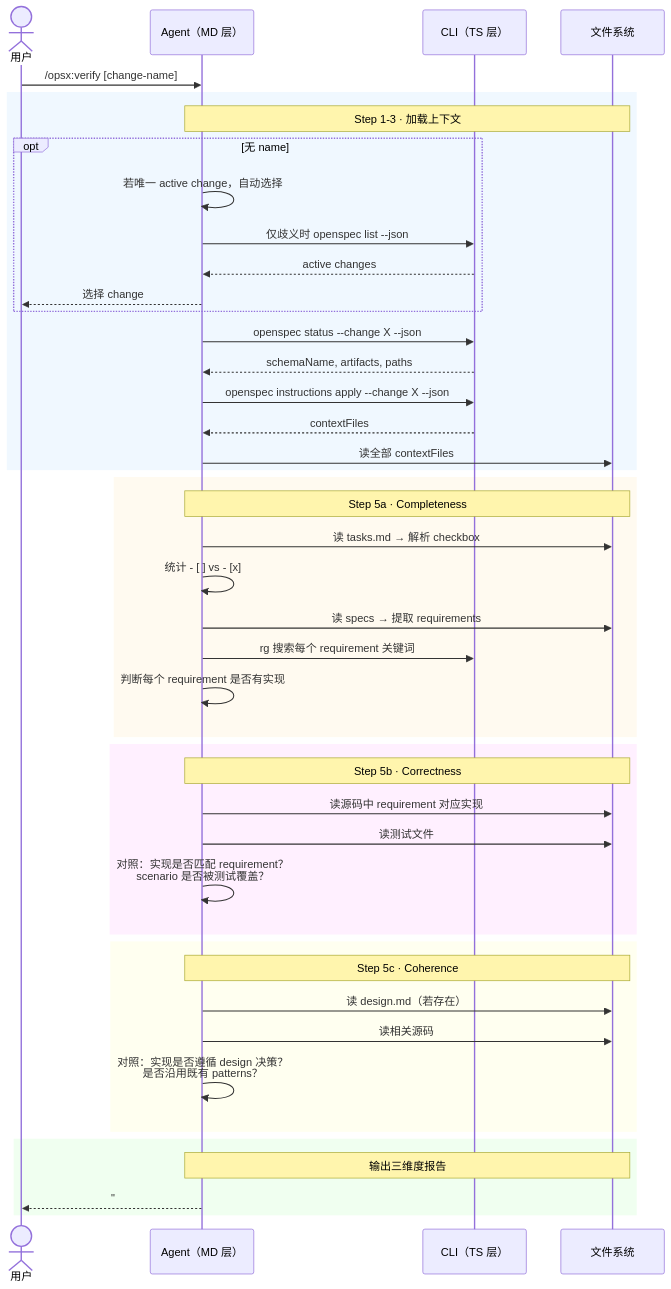
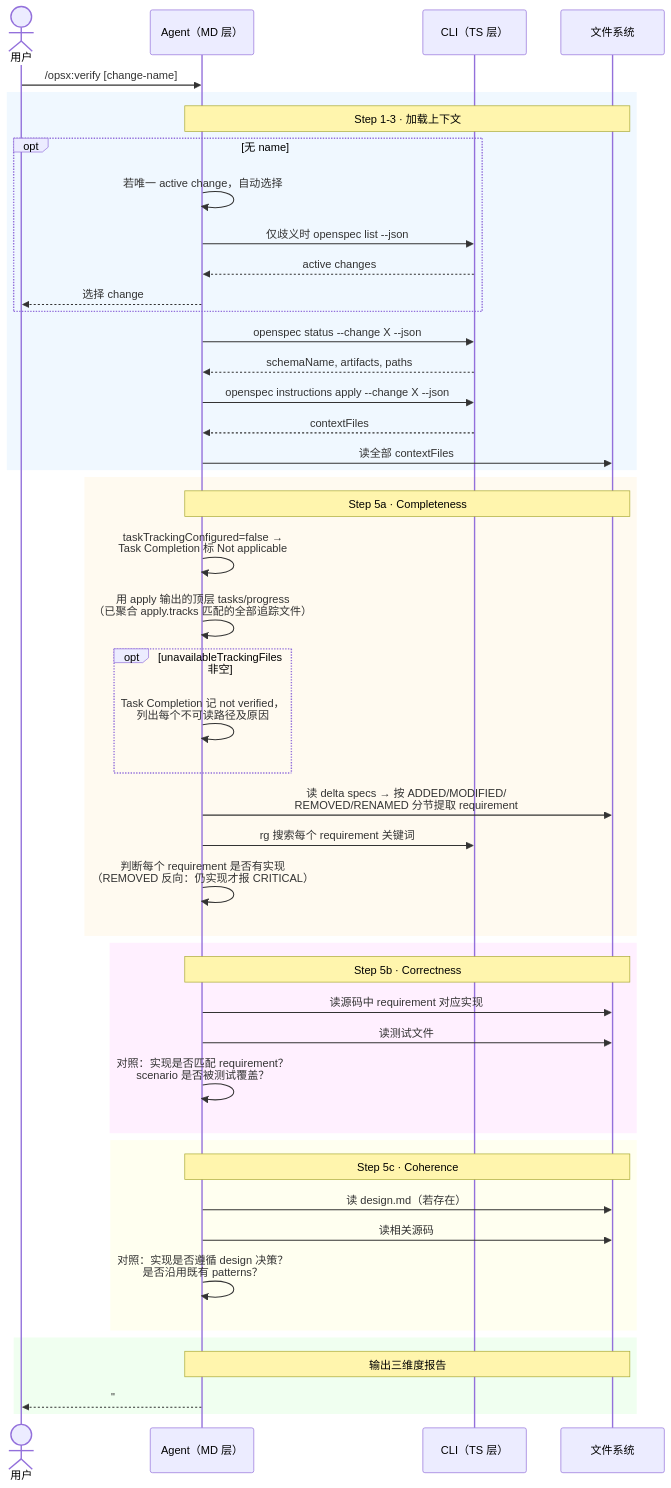
One commit to ethan-jiang-3/OpenSpec changed the diagram in _digested/workflows/08-verify.md. Above: the diagram before and after it, drawn with Mermaid. The commit also changed other lines of this file and 54 other files, not shown here.

````diff
--- a/_digested/workflows/08-verify.md
+++ b/_digested/workflows/08-verify.md
@@ -39,52 +44,55 @@
 ```mermaid
 sequenceDiagram
     actor User as 用户
     participant MD as Agent（MD 层）
     participant TS as CLI（TS 层）
     participant FS as 文件系统
 
     User->>MD: /opsx:verify [change-name]
 
     rect rgb(240, 248, 255)
         Note over MD,FS: Step 1-3 · 加载上下文
         opt 无 name
             MD->>MD: 若唯一 active change，自动选择
             MD->>TS: 仅歧义时 openspec list --json
             TS-->>MD: active changes
             MD-->>User: 选择 change
         end
         MD->>TS: openspec status --change X --json
         TS-->>MD: schemaName, artifacts, paths
         MD->>TS: openspec instructions apply --change X --json
         TS-->>MD: contextFiles
         MD->>FS: 读全部 contextFiles
     end
 
     rect rgb(255, 250, 240)
         Note over MD,FS: Step 5a · Completeness
-        MD->>FS: 读 tasks.md → 解析 checkbox
-        MD->>MD: 统计 - [ ] vs - [x]
-        MD->>FS: 读 specs → 提取 requirements
+        MD->>MD: taskTrackingConfigured=false →<br/>Task Completion 标 Not applicable
+        MD->>MD: 用 apply 输出的顶层 tasks/progress<br/>（已聚合 apply.tracks 匹配的全部追踪文件）
+        opt unavailableTrackingFiles 非空
+            MD->>MD: Task Completion 记 not verified，<br/>列出每个不可读路径及原因
+        end
+        MD->>FS: 读 delta specs → 按 ADDED/MODIFIED/<br/>REMOVED/RENAMED 分节提取 requirement
         MD->>TS: rg 搜索每个 requirement 关键词
-        MD->>MD: 判断每个 requirement 是否有实现
+        MD->>MD: 判断每个 requirement 是否有实现<br/>（REMOVED 反向：仍实现才报 CRITICAL）
     end
 
     rect rgb(255, 240, 255)
         Note over MD,FS: Step 5b · Correctness
         MD->>FS: 读源码中 requirement 对应实现
         MD->>FS: 读测试文件
         MD->>MD: 对照：实现是否匹配 requirement？<br/>scenario 是否被测试覆盖？
     end
 
     rect rgb(255, 255, 240)
         Note over MD,FS: Step 5c · Coherence
         MD->>FS: 读 design.md（若存在）
         MD->>FS: 读相关源码
         MD->>MD: 对照：实现是否遵循 design 决策？<br/>是否沿用既有 patterns？
     end
 
     rect rgb(240, 255, 240)
         Note over MD,FS: 输出三维度报告
         MD-->>User: "## Verification Report<br/>### Completeness<br/>- CRITICAL: task 3/7 incomplete<br/>### Correctness<br/>- WARNING: OAuth callback 缺测试<br/>### Coherence<br/>✓ design 决策全部遵守"
     end
 ```
````
